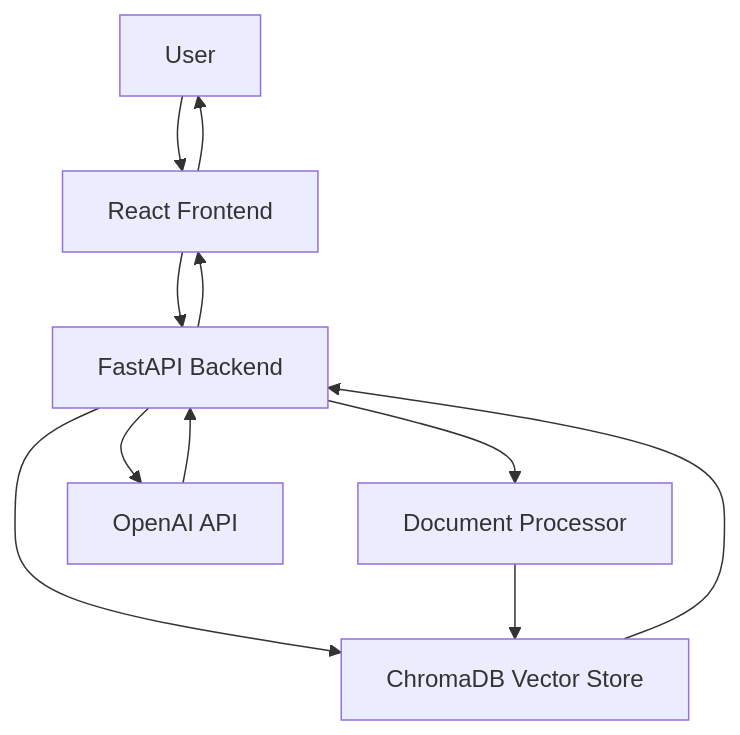
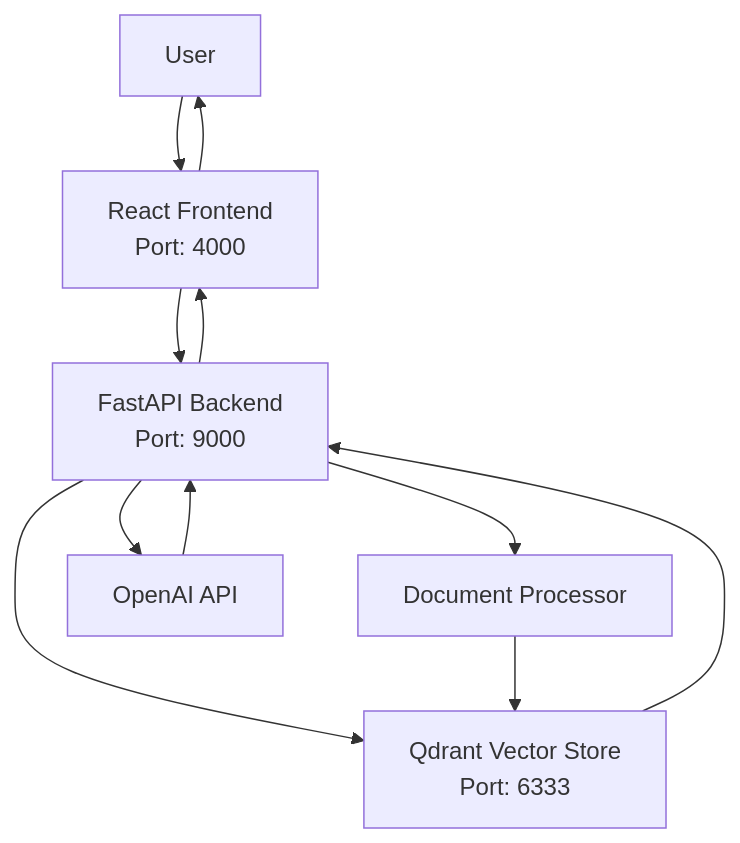
The diagram in DOCUMENTATION.md (ai-integration-techie/rag-support-search-qdrant), drawn with Mermaid before and after one commit. The commit also changed other lines of this file and 188 other files, not shown here.

Commit message:
Initial commit: RAG Support Search with Qdrant - Complete implementation with FastAPI backend, React frontend, and Qdrant vector database

````diff
--- a/DOCUMENTATION.md
+++ b/DOCUMENTATION.md
@@ -31,14 +33,14 @@
 ```mermaid
 graph TD
-    User[User] --> Frontend[React Frontend]
-    Frontend --> Backend[FastAPI Backend]
+    User[User] --> Frontend[React Frontend<br/>Port: 4000]
+    Frontend --> Backend[FastAPI Backend<br/>Port: 9000]
     Backend --> Processor[Document Processor]
-    Backend --> VectorStore[ChromaDB Vector Store]
+    Backend --> VectorStore[Qdrant Vector Store<br/>Port: 6333]
     Backend --> OpenAI[OpenAI API]
     
     Processor --> VectorStore
     VectorStore --> Backend
     OpenAI --> Backend
     Backend --> Frontend
     Frontend --> User
 ```
````
